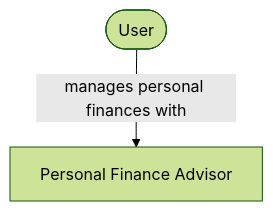
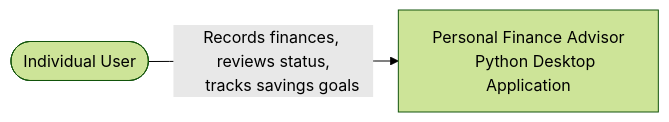
One commit to Jesse-Trueba/cen5064-project-trueba changed the first of 4 diagrams in README.md. Above: the diagram before and after it, drawn with Mermaid (forest theme). The commit also changed other lines of this file, not shown here.

Commit message:
Update README for final system

````diff
--- a/README.md
+++ b/README.md
@@ -63,4 +110,10 @@
 ```mermaid
-flowchart TB
-    user([User]) -->|manages personal finances with| system[Personal Finance Advisor]
+flowchart LR
+    user([Individual User])
+
+    system[Personal Finance Advisor
+    Python Desktop Application]
+
+    user -->|Records finances, reviews status,
+    tracks savings goals| system
 ```
````
